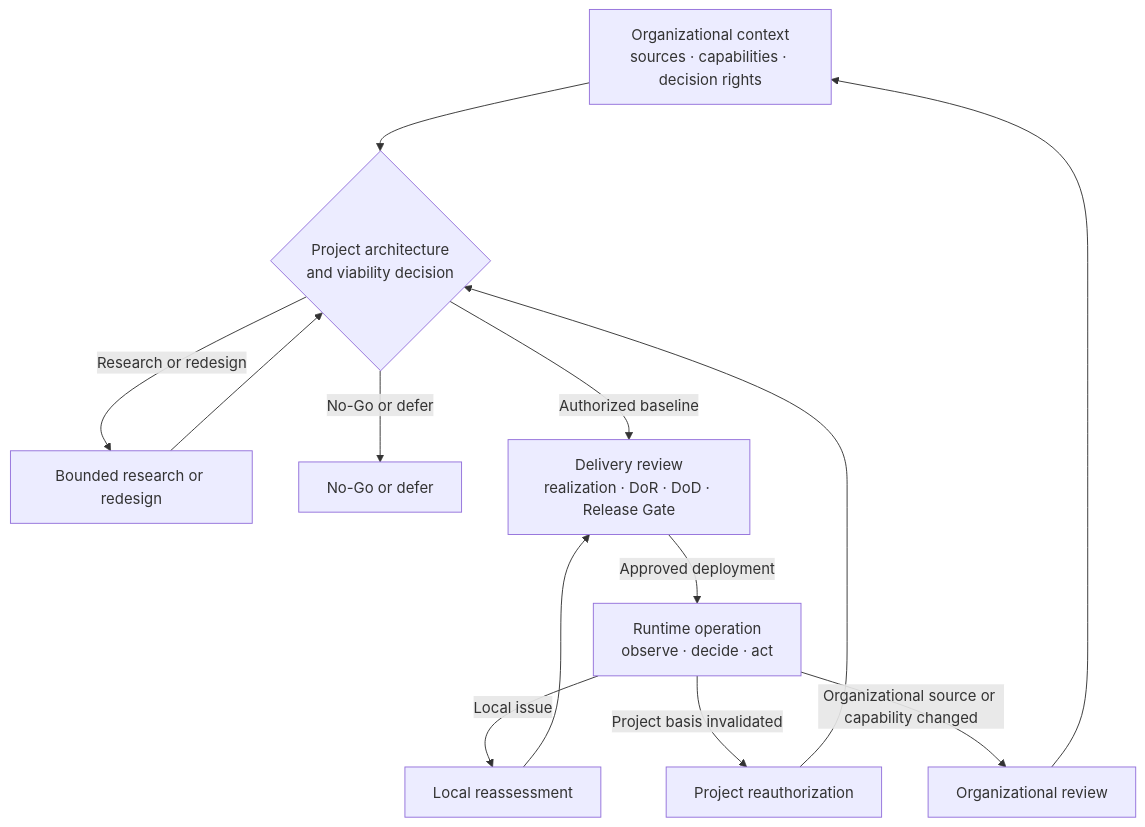
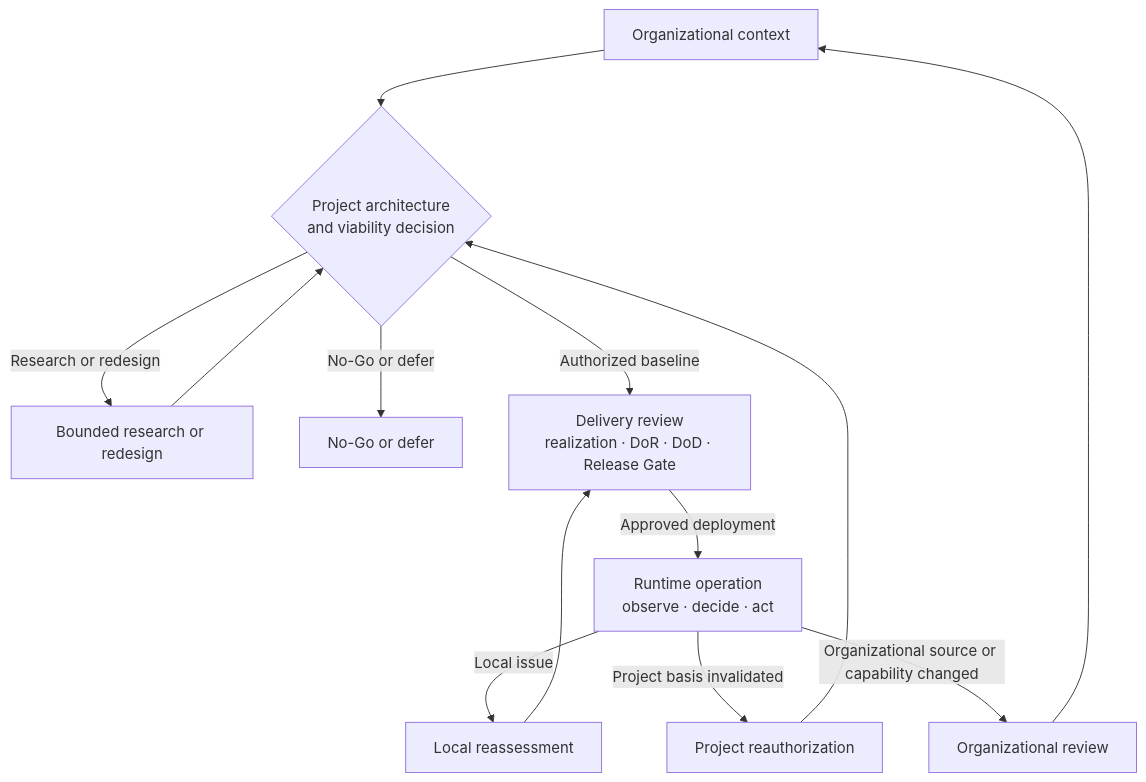
The fourth of 4 diagrams in 00-doctrine/uncertainty-in-the-controlled-object.md (UncertaintyArchitectureGroup/uncertainty-architecture), drawn with Mermaid before and after one commit. The commit also changed other lines of this file, not shown here.

````diff
--- a/00-doctrine/uncertainty-in-the-controlled-object.md
+++ b/00-doctrine/uncertainty-in-the-controlled-object.md
@@ -313,21 +219,21 @@
 ```mermaid
 flowchart TB
-    O[Organizational context<br/>sources · capabilities · decision rights]
+    O[Organizational context]
     P{Project architecture<br/>and viability decision}
     X[Bounded research or redesign]
     N[No-Go or defer]
     D[Delivery review<br/>realization · DoR · DoD · Release Gate]
     R[Runtime operation<br/>observe · decide · act]
     L[Local reassessment]
     PR[Project reauthorization]
     OR[Organizational review]
 
     O --> P
     P -->|Authorized baseline| D
     P -->|Research or redesign| X --> P
     P -->|No-Go or defer| N
     D -->|Approved deployment| R
     R -->|Local issue| L --> D
     R -->|Project basis invalidated| PR --> P
     R -->|Organizational source or capability changed| OR --> O
 ```
````
